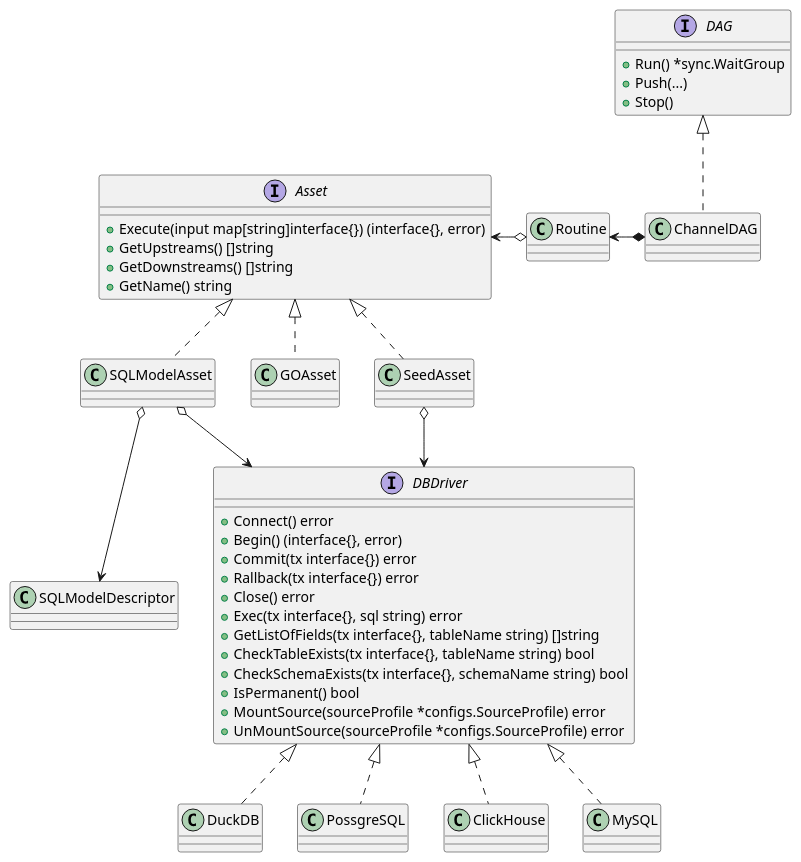
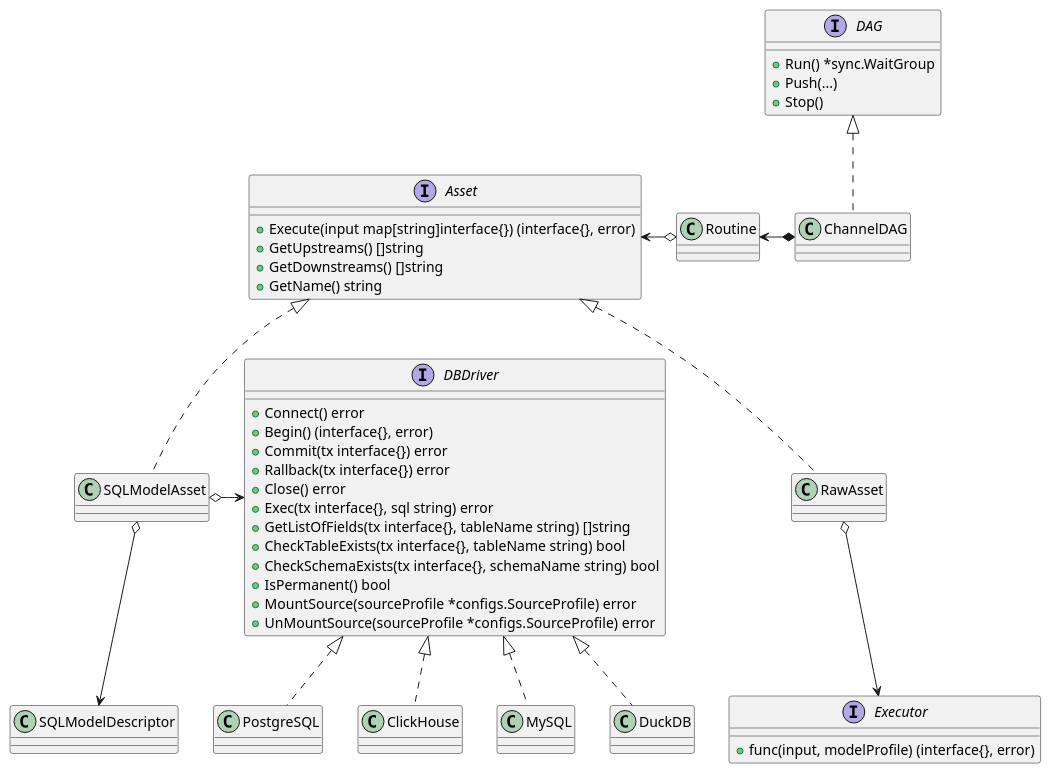
One commit to go-teal/teal changed the diagram in docs/classes.wsd. Above: the diagram before and after it, drawn with PlantUML. The commit also changed 1 other file, not shown here.

Commit message:
- class diagram update

```diff
--- a/docs/classes.wsd
+++ b/docs/classes.wsd
@@ -1,53 +1,56 @@
 @startuml
 
 interface Asset {
     +Execute(input map[string]interface{}) (interface{}, error)
 	+GetUpstreams() []string
 	+GetDownstreams() []string
 	+GetName() string
 }
 
 Class SQLModelAsset
 Interface DBDriver {
 	+Connect() error
 	+Begin() (interface{}, error)
 	+Commit(tx interface{}) error
 	+Rallback(tx interface{}) error
 	+Close() error
 	+Exec(tx interface{}, sql string) error
 	+GetListOfFields(tx interface{}, tableName string) []string
 	+CheckTableExists(tx interface{}, tableName string) bool
 	+CheckSchemaExists(tx interface{}, schemaName string) bool
 	+IsPermanent() bool
 	+MountSource(sourceProfile *configs.SourceProfile) error
 	+UnMountSource(sourceProfile *configs.SourceProfile) error
 }
 
 Class DuckDB
-Class PossgreSQL
+Class PostgreSQL
 Class ClickHouse
 Class MySQL
 Class SQLModelDescriptor
 Interface DAG {
     +Run() *sync.WaitGroup
 	+Push(...)
 	+Stop()
 }
 
+Interface Executor{
+	+func(input, modelProfile) (interface{}, error)
+}
+
 class Routine
 
 SQLModelAsset .up.|> Asset
-GOAsset .up.|> Asset
-SeedAsset .up.|> Asset
+RawAsset .up.|> Asset
 SQLModelAsset o-right-> DBDriver
 SQLModelAsset o--> SQLModelDescriptor
-SeedAsset o--> DBDriver
+RawAsset o--> Executor
 DuckDB .up.|> DBDriver
-PossgreSQL .up.|> DBDriver
+PostgreSQL .up.|> DBDriver
 ClickHouse .up.|> DBDriver
 MySQL .up.|> DBDriver
 
 ChannelDAG .up.|> DAG 
 ChannelDAG *-left->Routine 
 Routine o-left->Asset
 @enduml
```
